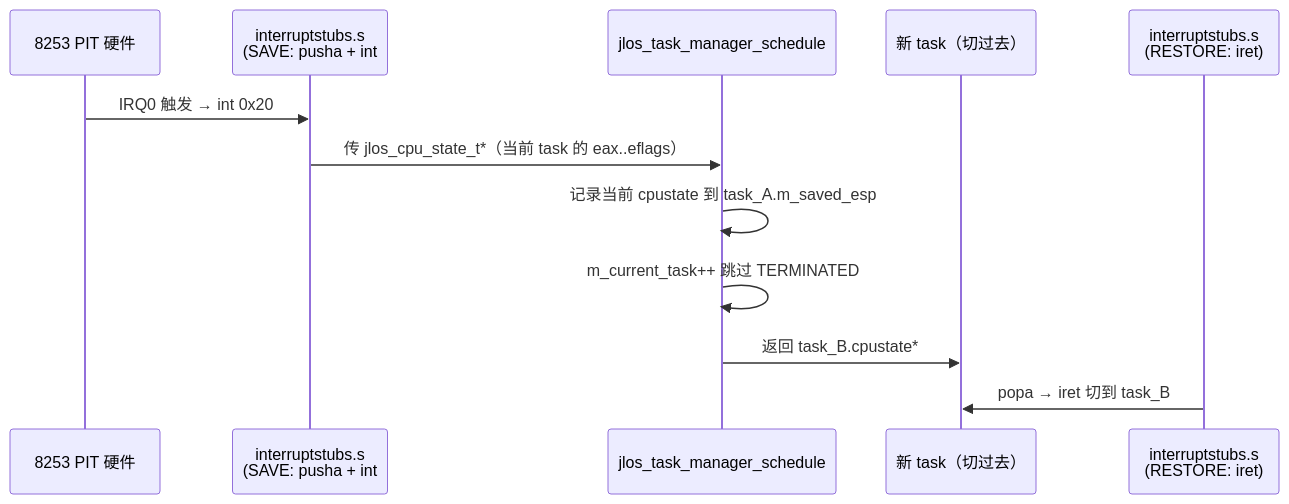
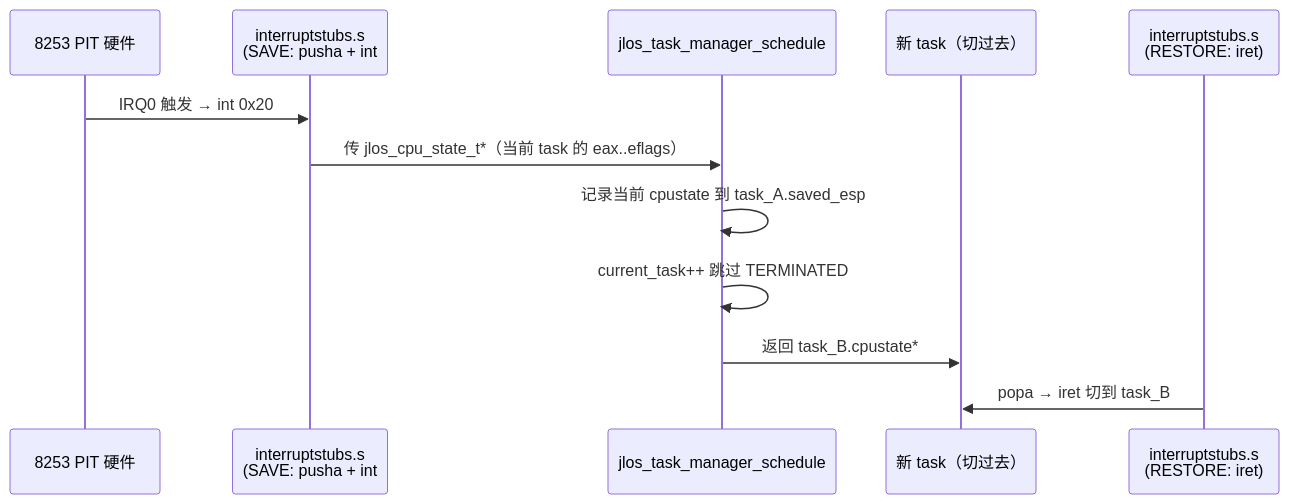
The third of 3 diagrams in docs/kernel/jlos_kernel_subsystem_readme.md (veynelove/johnbeauty-os), drawn with Mermaid before and after one commit. The commit also changed other lines of this file and 76 other files, not shown here.

````diff
--- a/docs/kernel/jlos_kernel_subsystem_readme.md
+++ b/docs/kernel/jlos_kernel_subsystem_readme.md
@@ -250,15 +250,15 @@
 ```mermaid
 sequenceDiagram
     participant HW as 8253 PIT 硬件
     participant STUB as interruptstubs.s<br/>(SAVE: pusha + int# 4-byte)
     participant SCH as jlos_task_manager_schedule
     participant T as 新 task（切过去）
     participant REST as interruptstubs.s<br/>(RESTORE: iret)
 
     HW->>STUB: IRQ0 触发 → int 0x20
     STUB->>SCH: 传 jlos_cpu_state_t*（当前 task 的 eax..eflags）
-    SCH->>SCH: 记录当前 cpustate 到 task_A.m_saved_esp
-    SCH->>SCH: m_current_task++ 跳过 TERMINATED
+    SCH->>SCH: 记录当前 cpustate 到 task_A.saved_esp
+    SCH->>SCH: current_task++ 跳过 TERMINATED
     SCH->>T:   返回 task_B.cpustate*
     REST->>T:   popa → iret 切到 task_B
 ```
````
